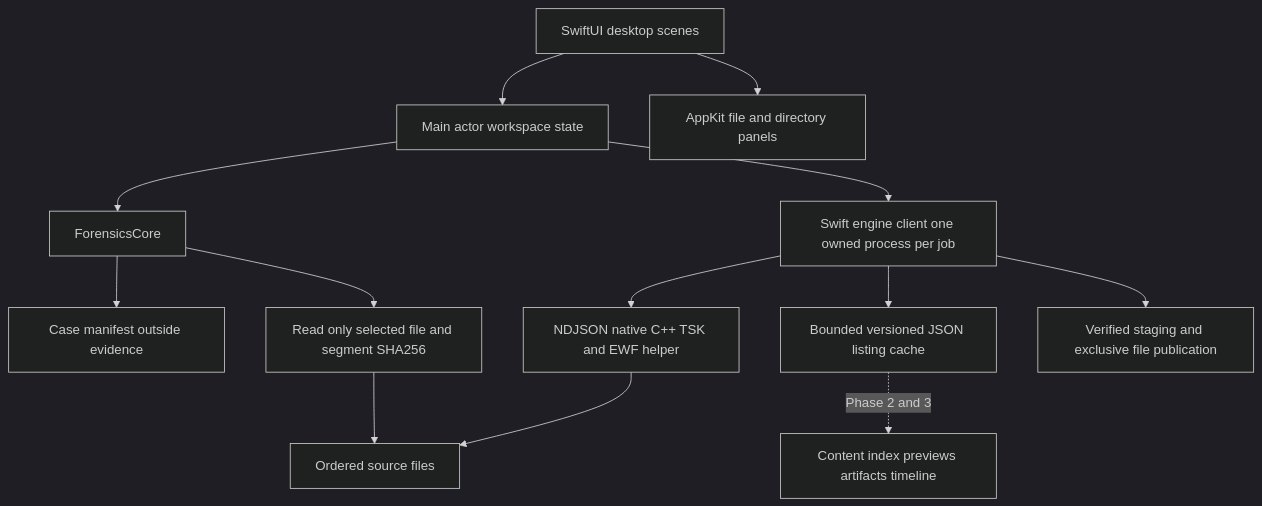
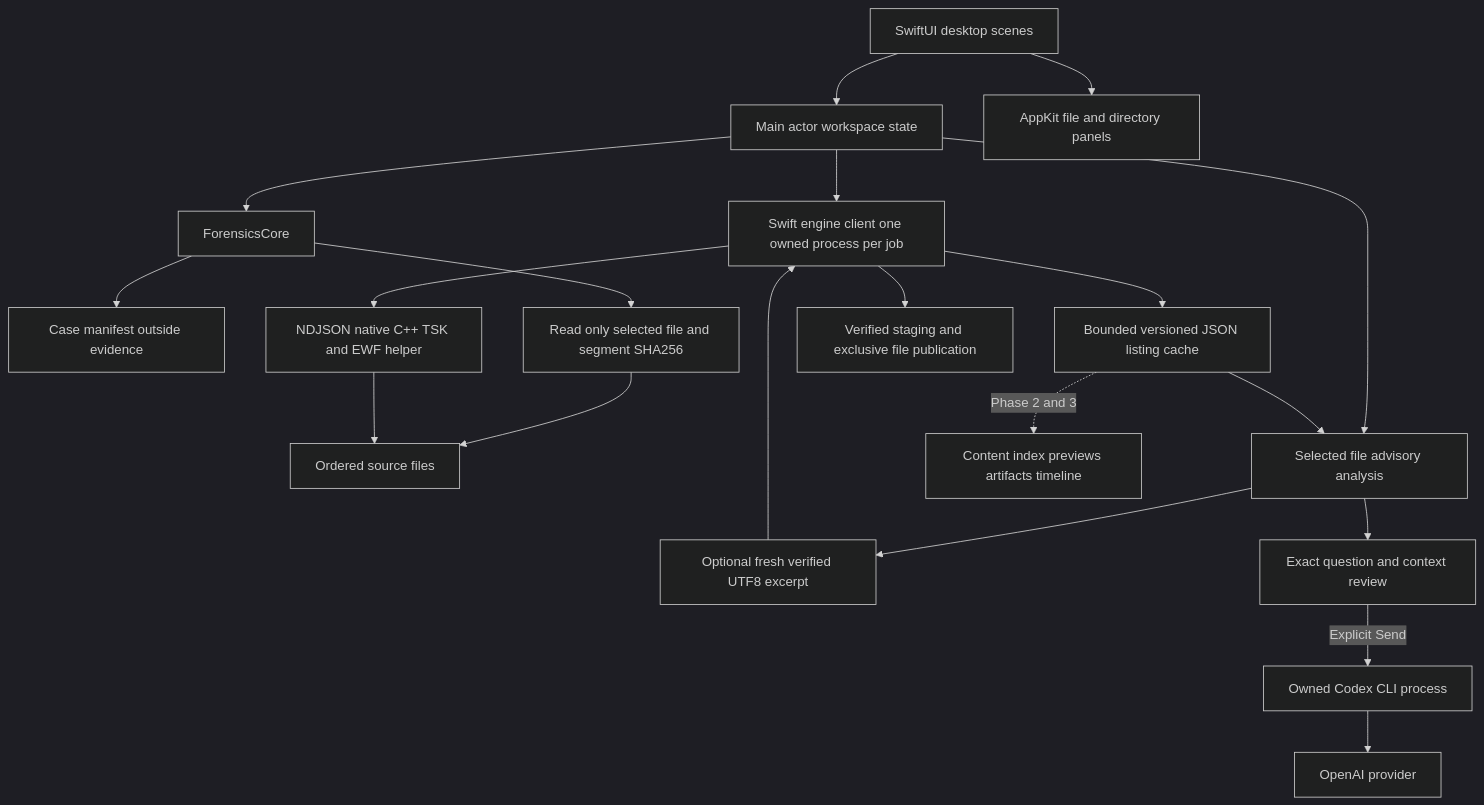
One commit to Pornmongkolnano/native-forensics changed the diagram in docs/ARCHITECTURE.md. Above: the diagram before and after it, drawn with Mermaid (dark theme). The commit also changed other lines of this file, not shown here.

Commit message:
docs: describe reviewed Codex disclosure in architecture

````diff
--- a/docs/ARCHITECTURE.md
+++ b/docs/ARCHITECTURE.md
@@ -7,15 +7,22 @@
 ```mermaid
 flowchart TD
     UI[SwiftUI desktop scenes] --> Store[Main actor workspace state]
     UI --> Panels[AppKit file and directory panels]
     Store --> Core[ForensicsCore]
     Core --> Manifest[Case manifest outside evidence]
     Core --> Hash[Read only selected file and segment SHA256]
     Hash --> Evidence[Ordered source files]
     Store --> Client[Swift engine client one owned process per job]
     Client --> Helper[NDJSON native C++ TSK and EWF helper]
     Helper --> Evidence
     Client --> Results[Bounded versioned JSON listing cache]
     Client --> Export[Verified staging and exclusive file publication]
+    Store --> Assistant[Selected file advisory analysis]
+    Results --> Assistant
+    Assistant --> Content[Optional fresh verified UTF8 excerpt]
+    Content --> Client
+    Assistant --> Review[Exact question and context review]
+    Review -->|Explicit Send| Codex[Owned Codex CLI process]
+    Codex --> Provider[OpenAI provider]
     Results -. Phase 2 and 3 .-> Index[Content index previews artifacts timeline]
 ```
````
